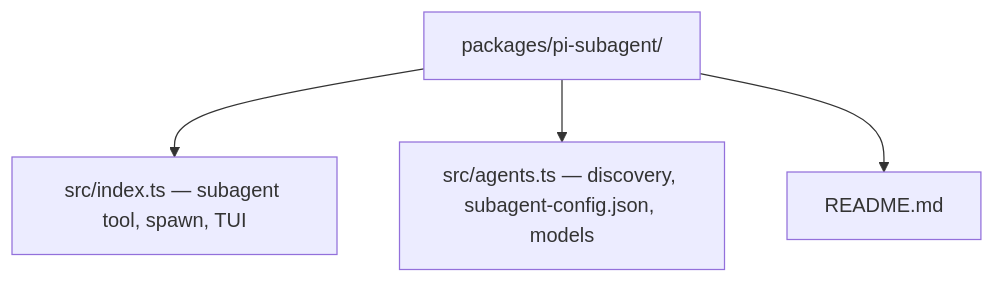
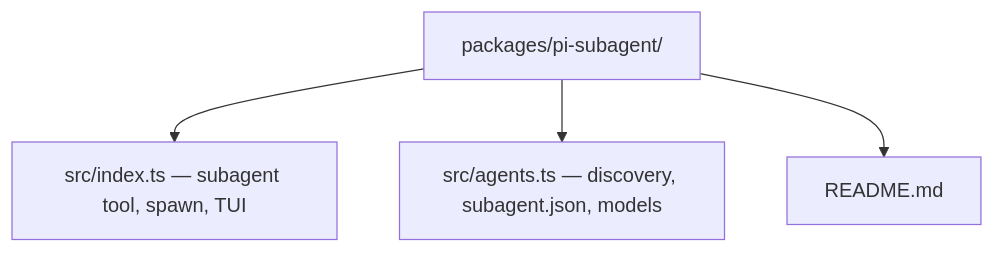
One commit to cshirley/accord changed the diagram in packages/pi-subagent/README.md. Above: the diagram before and after it, drawn with Mermaid. The commit also changed other lines of this file and 35 other files, not shown here.

````diff
--- a/packages/pi-subagent/README.md
+++ b/packages/pi-subagent/README.md
@@ -47,7 +47,7 @@
 ```mermaid
 flowchart TB
   P["packages/pi-subagent/"]
   P --> idx["src/index.ts — subagent tool, spawn, TUI"]
-  P --> ag["src/agents.ts — discovery, subagent-config.json, models"]
+  P --> ag["src/agents.ts — discovery, subagent.json, models"]
   P --> R["README.md"]
 ```
````
